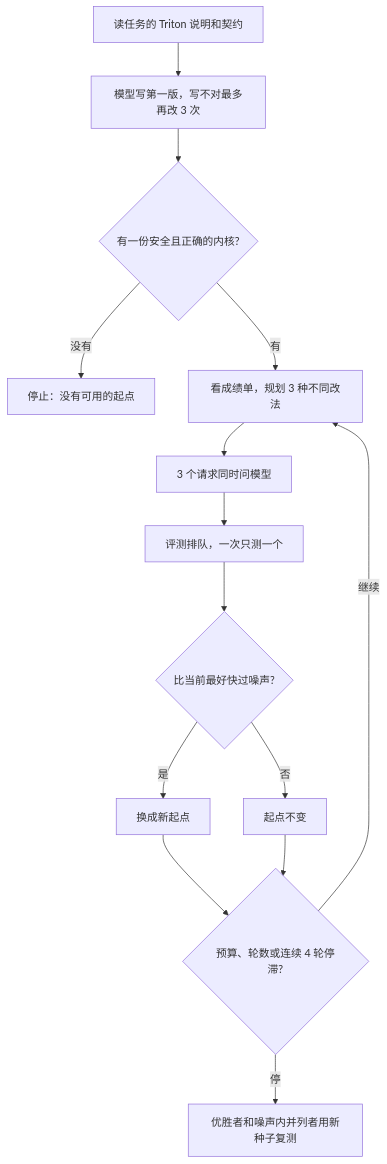
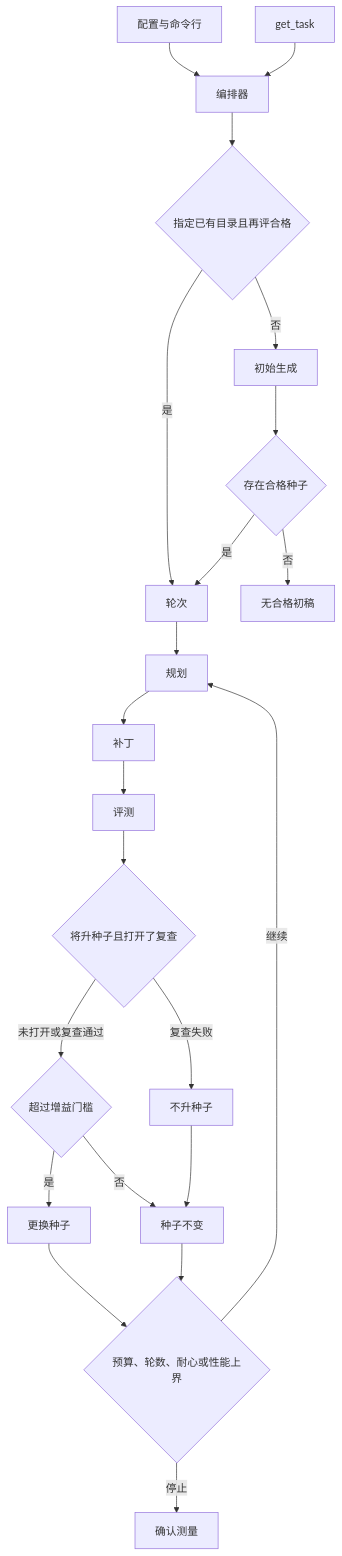
The second of 4 diagrams in docs/架构说明.md (kuafuwang/ShapeForge), drawn with Mermaid before and after one commit. The commit also changed other lines of this file and 13 other files, not shown here.

````diff
--- a/docs/架构说明.md
+++ b/docs/架构说明.md
@@ -406,16 +110,24 @@
 ```mermaid
 flowchart TD
-  start["读任务的 Triton 说明和契约"] --> init["模型写第一版，写不对最多再改 3 次"]
-  init --> gate{"有一份安全且正确的内核?"}
-  gate -->|没有| stop0["停止：没有可用的起点"]
-  gate -->|有| plan["看成绩单，规划 3 种不同改法"]
-  plan --> branch["3 个请求同时问模型"]
-  branch --> ev["评测排队，一次只测一个"]
-  ev --> keep{"比当前最好快过噪声?"}
-  keep -->|是| seed["换成新起点"]
-  keep -->|否| old["起点不变"]
-  seed --> again{"预算、轮数或连续 4 轮停滞?"}
-  old --> again
-  again -->|继续| plan
-  again -->|停| confirm["优胜者和噪声内并列者用新种子复测"]
+  cfg["配置与命令行"] --> orch["编排器"]
+  task["get_task"] --> orch
+  orch --> prior{"指定已有目录且再评合格"}
+  prior -->|否| init["初始生成"]
+  prior -->|是| rounds["轮次"]
+  init --> gate{"存在合格种子"}
+  gate -->|否| stop0["无合格初稿"]
+  gate -->|是| rounds
+  rounds --> plan["规划"]
+  plan --> patch["补丁"]
+  patch --> ev["评测"]
+  ev --> recheck{"将升种子且打开了复查"}
+  recheck -->|复查失败| keep0["不升种子"]
+  recheck -->|未打开或复查通过| keep{"超过增益门槛"}
+  keep -->|是| seed["更换种子"]
+  keep -->|否| old["种子不变"]
+  keep0 --> old
+  seed --> stopq{"预算、轮数、耐心或性能上界"}
+  old --> stopq
+  stopq -->|继续| plan
+  stopq -->|停止| confirm["确认测量"]
 ```
````
